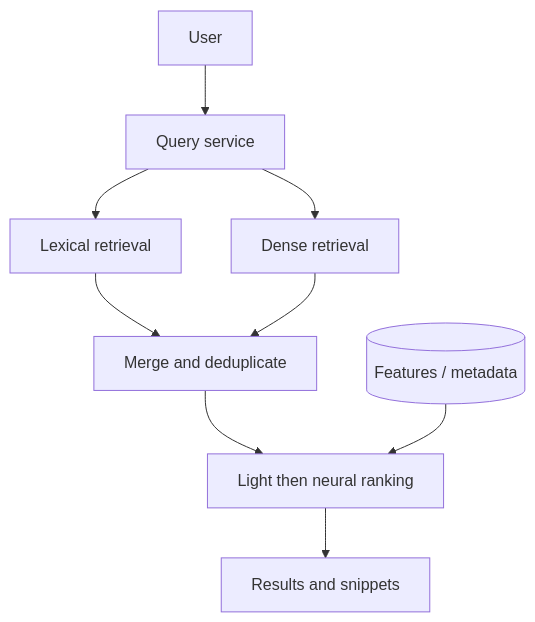
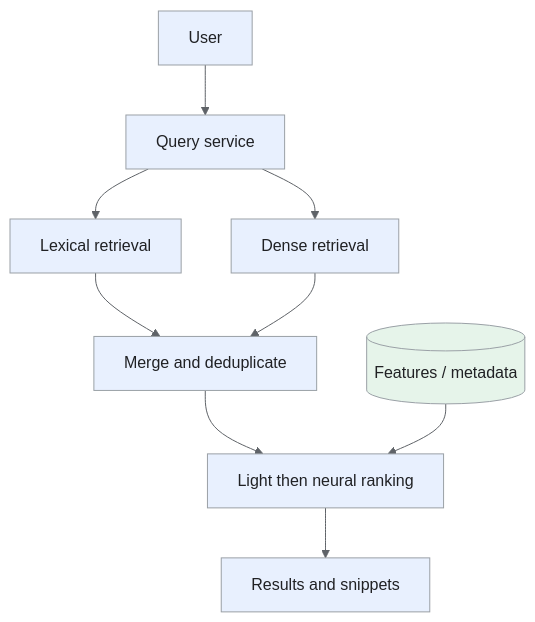
The first of 4 diagrams in _designs/system-design-ml-search-ranking-web-search.md (iliazlobin/iliazlobin.github.io), drawn with Mermaid before and after one commit. The commit also changed other lines of this file and 25 other files, not shown here.

Commit message:
docs: explain Batch B design flows and tradeoffs

````diff
--- a/_designs/system-design-ml-search-ranking-web-search.md
+++ b/_designs/system-design-ml-search-ranking-web-search.md
@@ -121,11 +136,18 @@
 ```mermaid
+%%{init: {'theme':'base','themeVariables':{'primaryColor':'#e8f0fe','primaryTextColor':'#202124','primaryBorderColor':'#9aa0a6','lineColor':'#5f6368','secondaryColor':'#e6f4ea','tertiaryColor':'#fef7e0','actorBkg':'#e8f0fe','actorBorder':'#9aa0a6','actorTextColor':'#202124','noteBkgColor':'#fef7e0','noteTextColor':'#202124','noteBorderColor':'#9aa0a6','signalColor':'#5f6368','signalTextColor':'#202124','labelBoxBkgColor':'#fef7e0','labelBoxBorderColor':'#9aa0a6'}}}%%
 flowchart TB
     U["User"] --> Q["Query service"]
     Q --> L["Lexical retrieval"]
     Q --> V["Dense retrieval"]
     L --> M["Merge and deduplicate"]
     V --> M
     M --> R["Light then neural ranking"]
     R --> O["Results and snippets"]
     F[("Features / metadata")] --> R
+classDef request fill:#e8f0fe,stroke:#9aa0a6,color:#202124;
+classDef data fill:#e6f4ea,stroke:#9aa0a6,color:#202124;
+classDef control fill:#fef7e0,stroke:#9aa0a6,color:#202124;
+class U,Q,L,V,M,R,O request;
+class F data;
+
 ```
````
